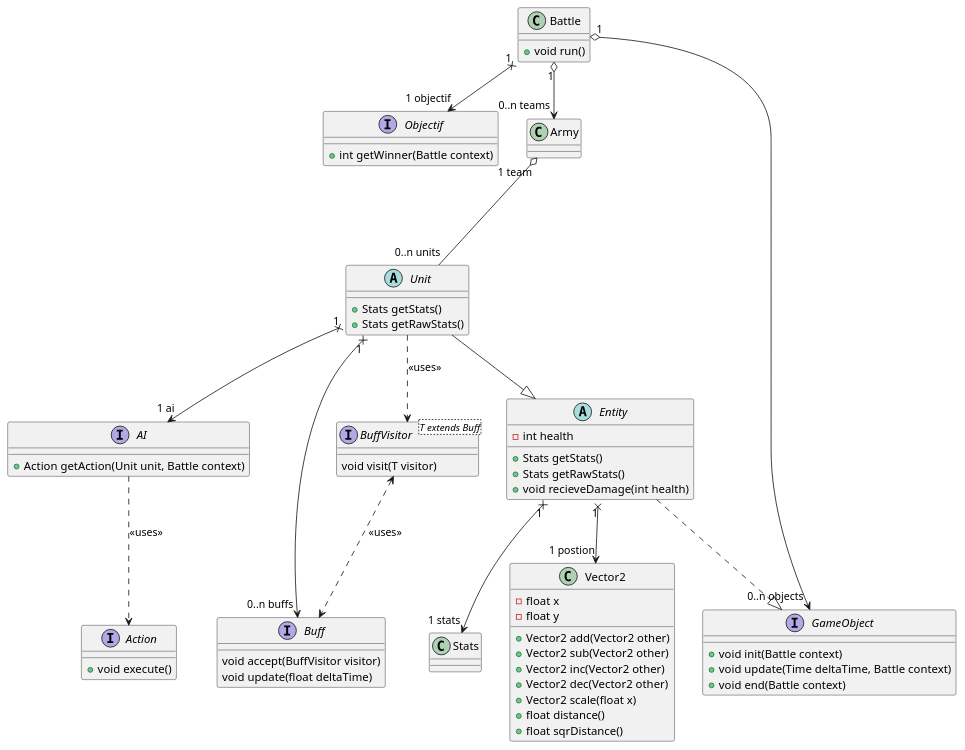
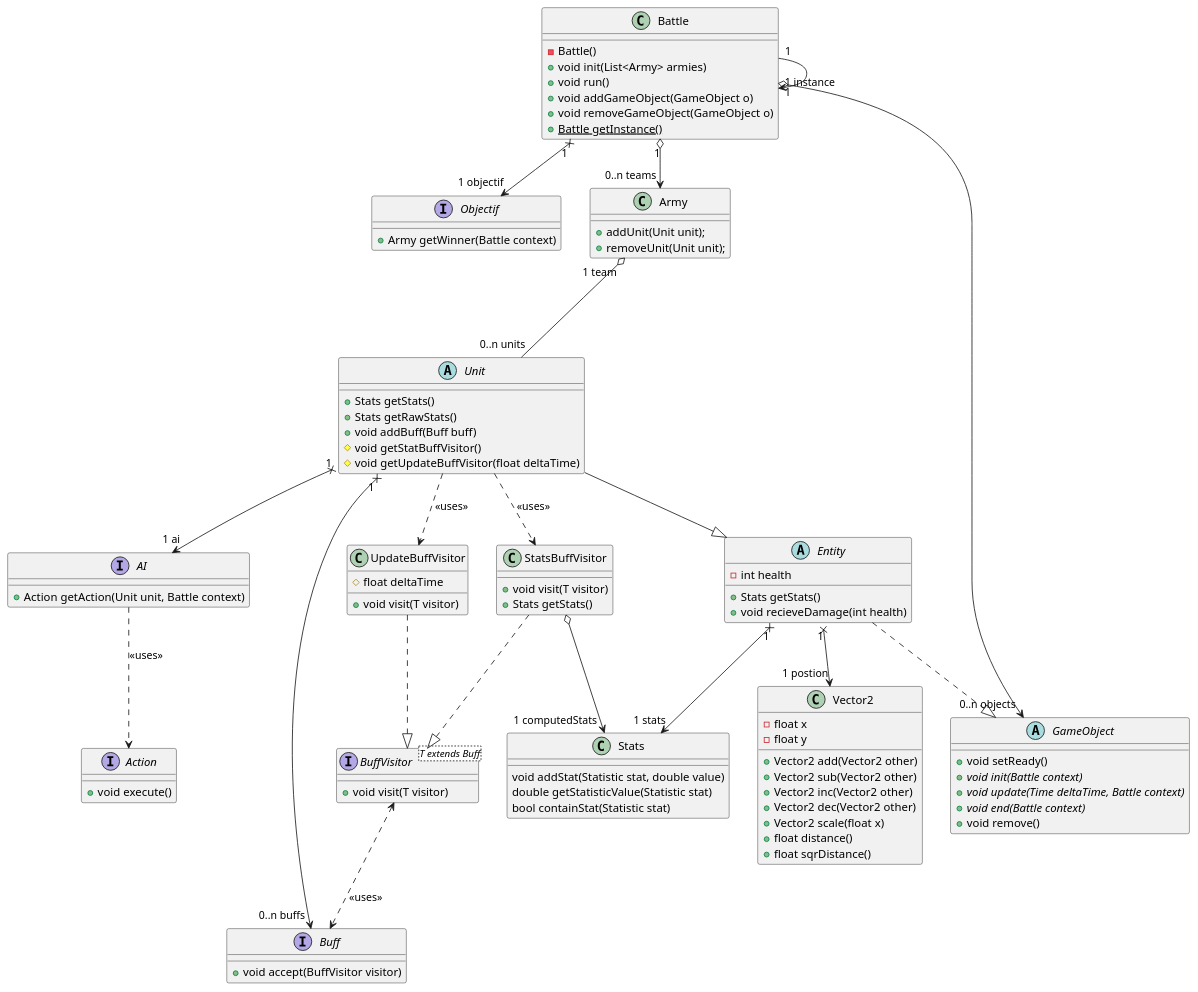
Before and after one commit to diegorodriguez31/livebattlesimulator: the diagram in model.puml, drawn with PlantUML. The commit also changed 1 other file, not shown here.

Commit message:
updating diagrams to reflect the current state of conception

```diff
--- a/model.puml
+++ b/model.puml
@@ -1,85 +1,111 @@
 @startuml
 
 class Battle {
+    - Battle()
+    + void init(List<Army> armies)
     + void run()
+    + void addGameObject(GameObject o)
+    + void removeGameObject(GameObject o)
+    + {static} Battle getInstance()
 }
 
 interface Objectif{
-    + int getWinner(Battle context)
+    + Army getWinner(Battle context)
 }
 
 class Army {
-
+    + addUnit(Unit unit);
+    + removeUnit(Unit unit);
 }
 
-interface GameObject{
-    + void init(Battle context)
-    + void update(Time deltaTime, Battle context)
-    + void end(Battle context)
+abstract class GameObject{
+    + void setReady()
+    + {abstract}void init(Battle context)
+    + {abstract}void update(Time deltaTime, Battle context)
+    + {abstract}void end(Battle context)
+    + void remove()
 }
 
 abstract class Entity{
     - int health
     + Stats getStats()
-    + Stats getRawStats()
     + void recieveDamage(int health)
 }
 
 abstract class Unit {
     + Stats getStats()
     + Stats getRawStats()
+    + void addBuff(Buff buff)
+    # void getStatBuffVisitor()
+    # void getUpdateBuffVisitor(float deltaTime)
 }
 
 class Stats {
-
+    void addStat(Statistic stat, double value)
+    double getStatisticValue(Statistic stat)
+    bool containStat(Statistic stat)
 }
 
 interface AI {
     + Action getAction(Unit unit, Battle context)
 }
 
 class Vector2{
     - float x
     - float y
     + Vector2 add(Vector2 other)
     + Vector2 sub(Vector2 other)
     + Vector2 inc(Vector2 other)
     + Vector2 dec(Vector2 other)
     + Vector2 scale(float x)
     + float distance()
     + float sqrDistance()
 }
 
 interface Action{
     + void execute()
 }
 
 interface Buff{
-    void accept(BuffVisitor visitor)
-    void update(float deltaTime)
+    + void accept(BuffVisitor visitor)
 }
 
 interface BuffVisitor<T extends Buff>{
-    void visit(T visitor)
+    + void visit(T visitor)
+}
+
+class UpdateBuffVisitor{
+    # float deltaTime
+    + void visit(T visitor)
+}
+
+class StatsBuffVisitor{
+    + void visit(T visitor)
+    + Stats getStats()
 }
 
 Battle "1" o--> "0..n teams" Army
 Battle "1" o--> "0..n objects" GameObject
 Battle "1" x--> "1 objectif" Objectif
 Unit "1" x--> "1 ai" AI
 Unit "1" x--> "0..n buffs" Buff
 Entity "1" x--> "1 postion" Vector2
 Entity "1" x--> "1 stats" Stats
+Battle "1" --> "1 instance "Battle
 
 
 Army "1 team" o--- "0..n units" Unit
 
 AI ..> Action : "<<uses>>"
-Unit ..> BuffVisitor : "<<uses>>"
+Unit ..> UpdateBuffVisitor : "<<uses>>"
+Unit ..> StatsBuffVisitor : "<<uses>>"
 BuffVisitor <..> Buff : "<<uses>>"
+StatsBuffVisitor o--> "1 computedStats" Stats
 
 Entity ..|> GameObject
+StatsBuffVisitor ..|> BuffVisitor
+UpdateBuffVisitor ..|> BuffVisitor
 Unit --|> Entity
 
 
 @enduml
```
